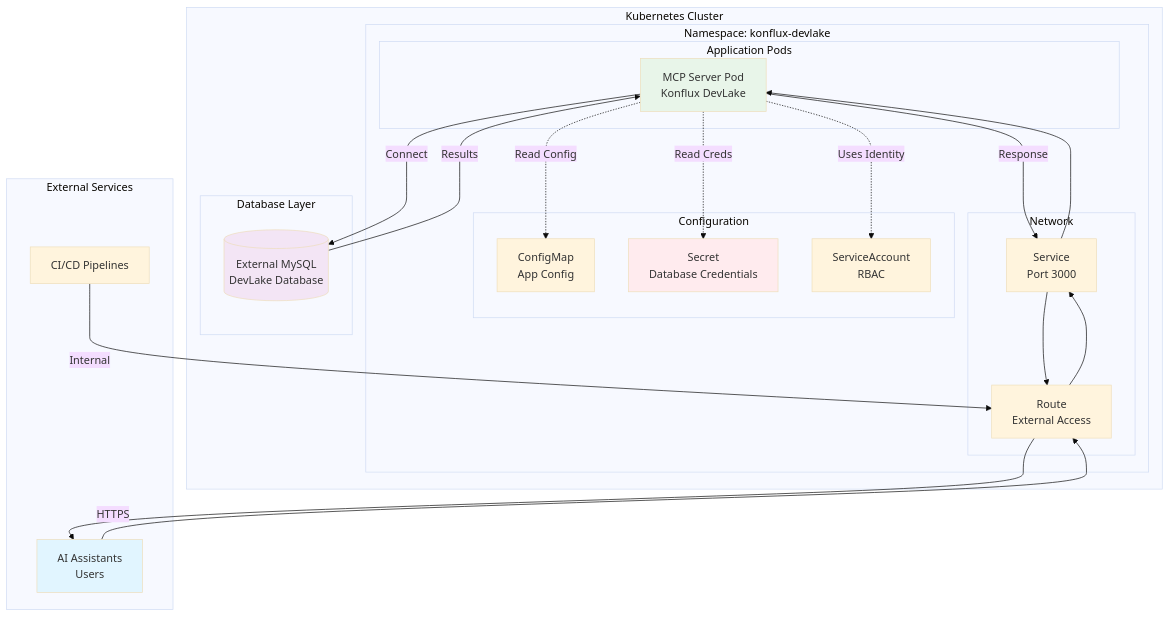
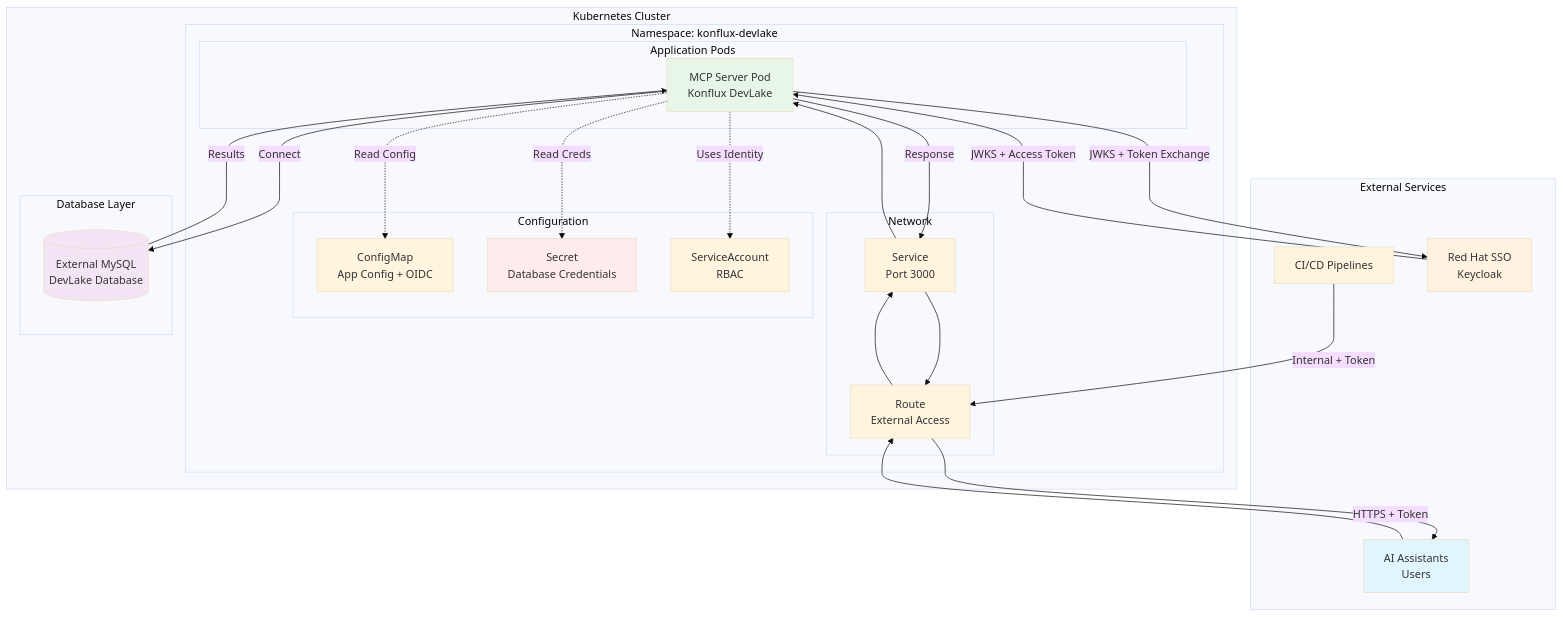
The diagram in docs/deployment-architecture.mmd (konflux-ci/konflux-devlake-mcp), drawn with Mermaid (base theme) before and after one commit. The commit also changed 12 other files, not shown here.

Commit message:
feat: support auth via SSO offline token

```diff
--- a/docs/deployment-architecture.mmd
+++ b/docs/deployment-architecture.mmd
@@ -1,46 +1,50 @@
 graph TB
     subgraph "Kubernetes Cluster"
         subgraph "Namespace: konflux-devlake"
             subgraph "Application Pods"
                 POD1[MCP Server Pod<br/>Konflux DevLake]
             end
 
             subgraph "Network"
                 SVC[Service<br/>Port 3000]
                 ROUTE[Route<br/>External Access]
             end
 
             subgraph "Configuration"
-                CM[ConfigMap<br/>App Config]
+                CM[ConfigMap<br/>App Config + OIDC]
                 SECRET[Secret<br/>Database Credentials]
                 SA[ServiceAccount<br/>RBAC]
             end
         end
 
         subgraph "Database Layer"
             EXT_DB[(External MySQL<br/>DevLake Database)]
         end
     end
 
     subgraph "External Services"
         CLIENT[AI Assistants<br/>Users]
         CI[CI/CD Pipelines]
+        SSO[Red Hat SSO<br/>Keycloak]
     end
 
-    CLIENT -->|HTTPS| ROUTE
-    CI -->|Internal| ROUTE
+    CLIENT -->|HTTPS + Token| ROUTE
+    CI -->|Internal + Token| ROUTE
     ROUTE --> SVC
     SVC --> POD1
     POD1 -.->|Read Config| CM
     POD1 -.->|Read Creds| SECRET
     POD1 -.->|Uses Identity| SA
     POD1 -->|Connect| EXT_DB
+    POD1 -->|JWKS + Token Exchange| SSO
+    SSO -->|JWKS + Access Token| POD1
     EXT_DB -->|Results| POD1
     POD1 -->|Response| SVC
     SVC --> ROUTE
     ROUTE --> CLIENT
 
     style POD1 fill:#e8f5e9
     style SECRET fill:#ffebee
     style EXT_DB fill:#f3e5f5
     style CLIENT fill:#e1f5ff
+    style SSO fill:#fff3e0
```
